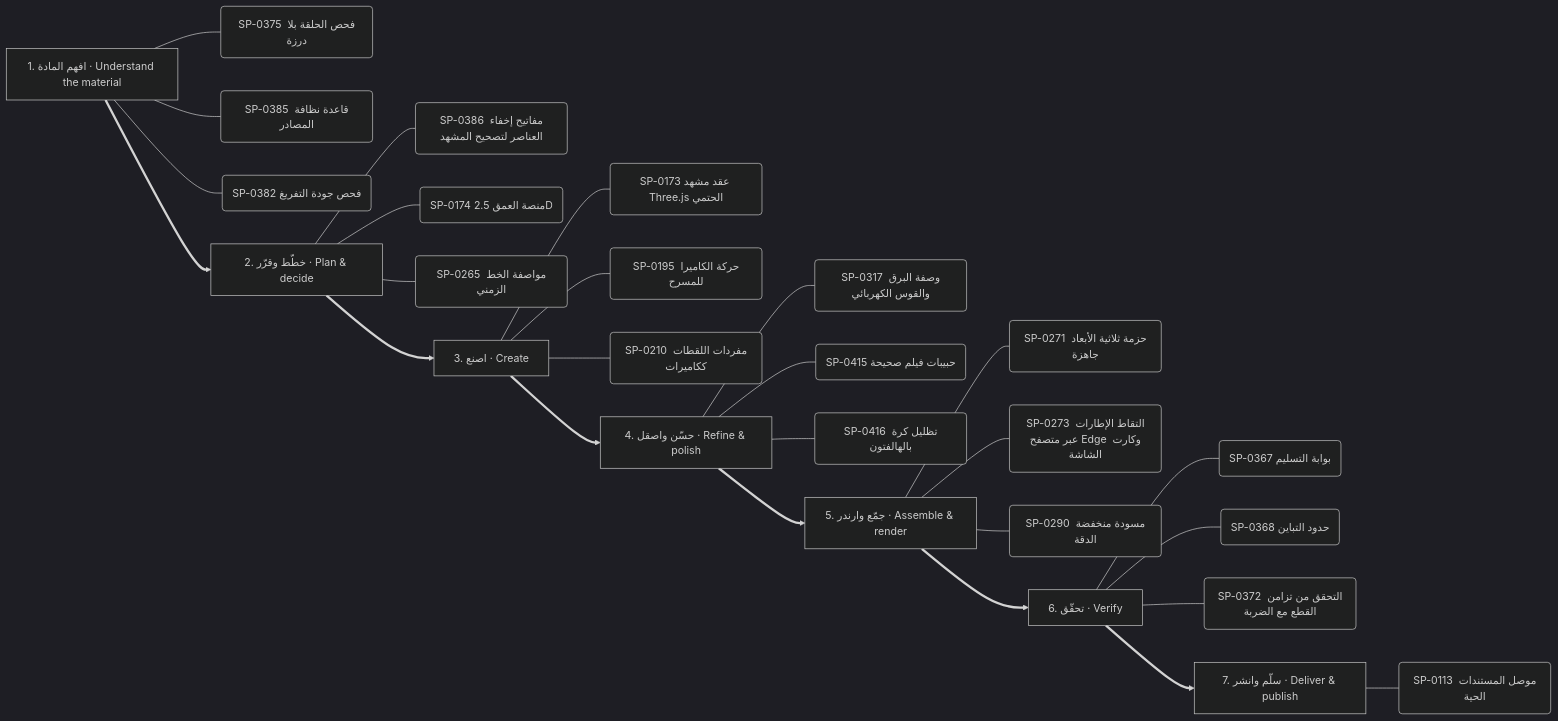
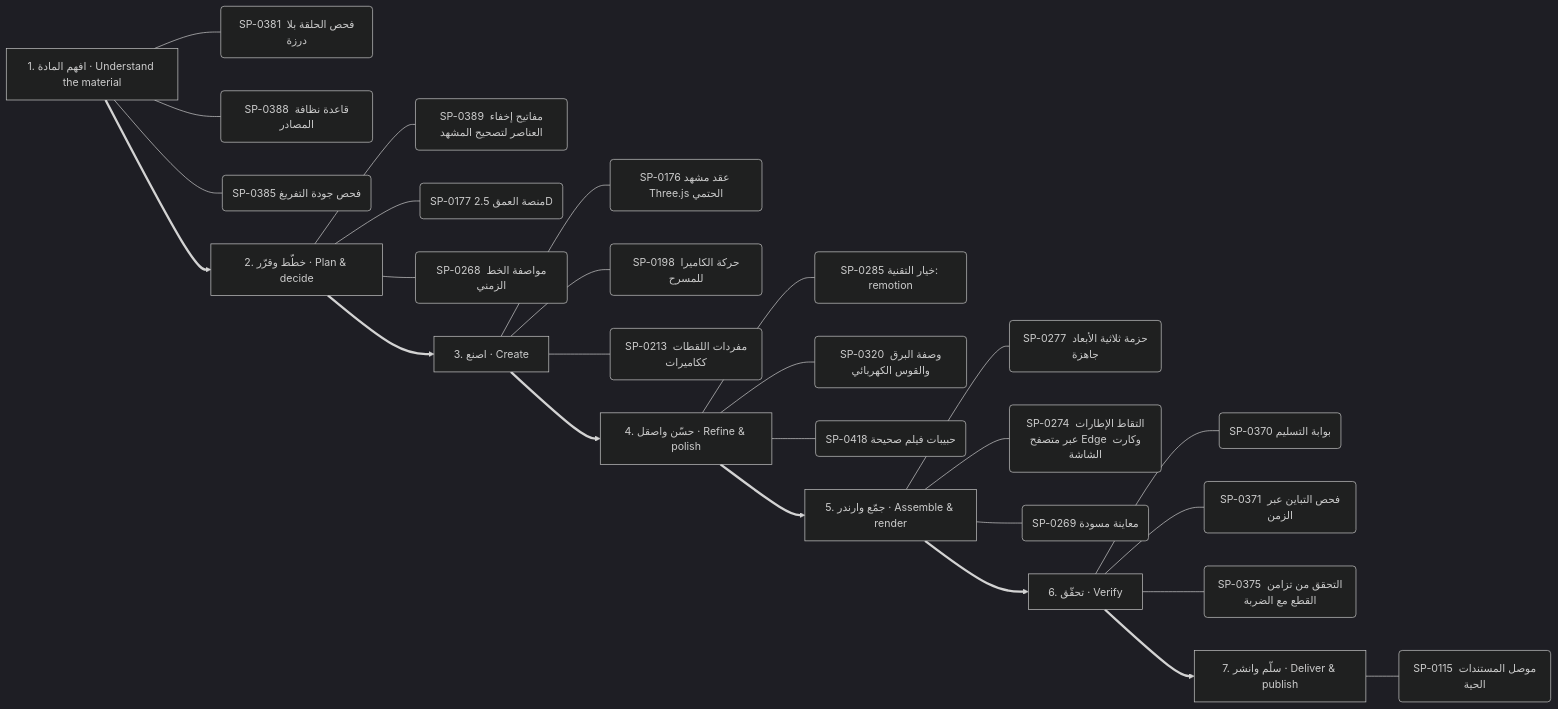
One commit to kosif199022-jpg/kosif-tool changed the eighth of 13 diagrams in .claude/skills/kosif-superpowers/references/capability-mindmap.md. Above: the diagram before and after it, drawn with Mermaid (dark theme). The commit also changed other lines of this file and 153 other files, not shown here.

````diff
--- a/.claude/skills/kosif-superpowers/references/capability-mindmap.md
+++ b/.claude/skills/kosif-superpowers/references/capability-mindmap.md
@@ -415,35 +410,35 @@
 ```mermaid
 flowchart LR
   S0["1. افهم المادة · Understand the material"]
-  S0 --- S0_0("SP-0375 فحص الحلقة بلا درزة")
-  S0 --- S0_1("SP-0385 قاعدة نظافة المصادر")
-  S0 --- S0_2("SP-0382 فحص جودة التفريغ")
+  S0 --- S0_0("SP-0381 فحص الحلقة بلا درزة")
+  S0 --- S0_1("SP-0388 قاعدة نظافة المصادر")
+  S0 --- S0_2("SP-0385 فحص جودة التفريغ")
   S1["2. خطّط وقرّر · Plan & decide"]
-  S1 --- S1_0("SP-0386 مفاتيح إخفاء العناصر لتصحيح المشهد")
-  S1 --- S1_1("SP-0174 منصة العمق 2.5D")
-  S1 --- S1_2("SP-0265 مواصفة الخط الزمني")
+  S1 --- S1_0("SP-0389 مفاتيح إخفاء العناصر لتصحيح المشهد")
+  S1 --- S1_1("SP-0177 منصة العمق 2.5D")
+  S1 --- S1_2("SP-0268 مواصفة الخط الزمني")
   S0 ==> S1
   S2["3. اصنع · Create"]
-  S2 --- S2_0("SP-0173 عقد مشهد Three.js الحتمي")
-  S2 --- S2_1("SP-0195 حركة الكاميرا للمسرح")
-  S2 --- S2_2("SP-0210 مفردات اللقطات ككاميرات")
+  S2 --- S2_0("SP-0176 عقد مشهد Three.js الحتمي")
+  S2 --- S2_1("SP-0198 حركة الكاميرا للمسرح")
+  S2 --- S2_2("SP-0213 مفردات اللقطات ككاميرات")
   S1 ==> S2
   S3["4. حسّن واصقل · Refine & polish"]
-  S3 --- S3_0("SP-0317 وصفة البرق والقوس الكهربائي")
-  S3 --- S3_1("SP-0415 حبيبات فيلم صحيحة")
-  S3 --- S3_2("SP-0416 تظليل كرة بالهالفتون")
+  S3 --- S3_0("SP-0285 خيار التقنية: remotion")
+  S3 --- S3_1("SP-0320 وصفة البرق والقوس الكهربائي")
+  S3 --- S3_2("SP-0418 حبيبات فيلم صحيحة")
   S2 ==> S3
   S4["5. جمّع وارندر · Assemble & render"]
-  S4 --- S4_0("SP-0271 حزمة ثلاثية الأبعاد جاهزة")
-  S4 --- S4_1("SP-0273 التقاط الإطارات عبر متصفح Edge وكارت الشاشة")
-  S4 --- S4_2("SP-0290 مسودة منخفضة الدقة")
+  S4 --- S4_0("SP-0277 حزمة ثلاثية الأبعاد جاهزة")
+  S4 --- S4_1("SP-0274 التقاط الإطارات عبر متصفح Edge وكارت الشاشة")
+  S4 --- S4_2("SP-0269 معاينة مسودة")
   S3 ==> S4
   S5["6. تحقّق · Verify"]
-  S5 --- S5_0("SP-0367 بوابة التسليم")
-  S5 --- S5_1("SP-0368 حدود التباين")
-  S5 --- S5_2("SP-0372 التحقق من تزامن القطع مع الضربة")
+  S5 --- S5_0("SP-0370 بوابة التسليم")
+  S5 --- S5_1("SP-0371 فحص التباين عبر الزمن")
+  S5 --- S5_2("SP-0375 التحقق من تزامن القطع مع الضربة")
   S4 ==> S5
   S6["7. سلّم وانشر · Deliver & publish"]
-  S6 --- S6_0("SP-0113 موصل المستندات الحية")
+  S6 --- S6_0("SP-0115 موصل المستندات الحية")
   S5 ==> S6
 ```
````
